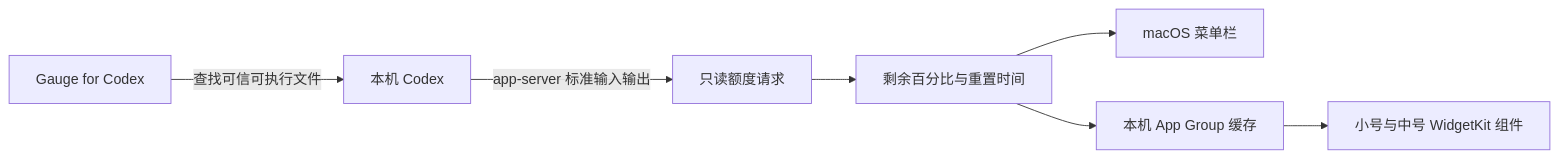
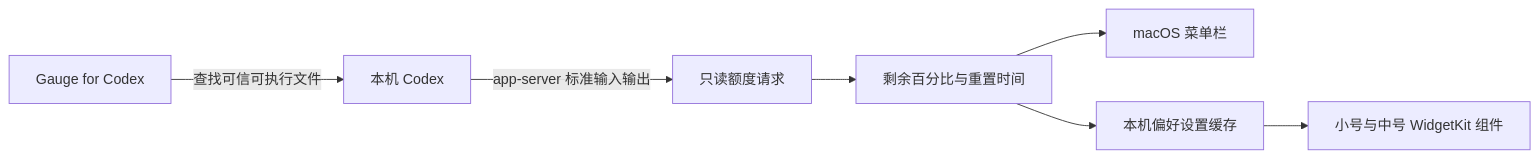
One commit to qingtan-labs/AgentReadout changed the diagram in README.zh-Hans.md. Above: the diagram before and after it, drawn with Mermaid. The commit also changed other lines of this file and 11 other files, not shown here.

````diff
--- a/README.zh-Hans.md
+++ b/README.zh-Hans.md
@@ -78,9 +78,9 @@
 ```mermaid
 flowchart LR
     A[Gauge for Codex] -->|查找可信可执行文件| B[本机 Codex]
     B -->|app-server 标准输入输出| C[只读额度请求]
     C --> D[剩余百分比与重置时间]
     D --> E[macOS 菜单栏]
-    D --> F[本机 App Group 缓存]
+    D --> F[本机偏好设置缓存]
     F --> G[小号与中号 WidgetKit 组件]
 ```
````
